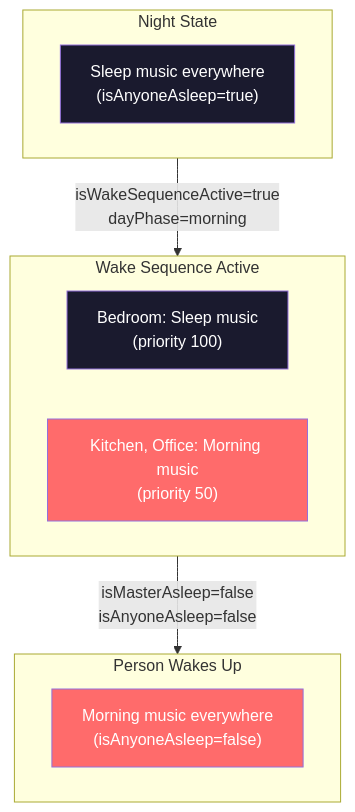
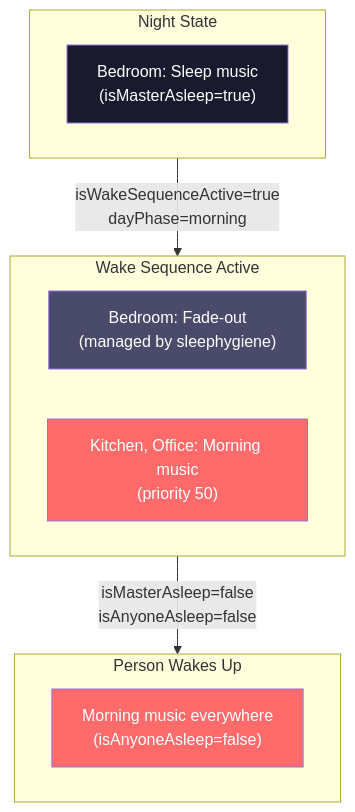
One commit to NickBorgers/home-automation changed the seventh of 7 diagrams in docs/flows/DAY_PHASE_MODES.md. Above: the diagram before and after it, drawn with Mermaid. The commit also changed other lines of this file, not shown here.

First line of the commit message:
docs: Update DAY_PHASE_MODES.md for sleep zone wake sequence changes

````diff
--- a/docs/flows/DAY_PHASE_MODES.md
+++ b/docs/flows/DAY_PHASE_MODES.md
@@ -303,23 +307,23 @@
 ```mermaid
 flowchart TB
     subgraph Initial["Night State"]
-        sleepAll["Sleep music everywhere<br/>(isAnyoneAsleep=true)"]
+        sleepBed["Bedroom: Sleep music<br/>(isMasterAsleep=true)"]
     end
 
     subgraph WakeSequence["Wake Sequence Active"]
-        sleepBed["Bedroom: Sleep music<br/>(priority 100)"]
+        fadeBed["Bedroom: Fade-out<br/>(managed by sleephygiene)"]
         morningRest["Kitchen, Office: Morning music<br/>(priority 50)"]
     end
 
     subgraph FullyAwake["Person Wakes Up"]
         morningAll["Morning music everywhere<br/>(isAnyoneAsleep=false)"]
     end
 
     Initial -->|"isWakeSequenceActive=true<br/>dayPhase=morning"| WakeSequence
     WakeSequence -->|"isMasterAsleep=false<br/>isAnyoneAsleep=false"| FullyAwake
 
-    style sleepAll fill:#1a1a2e,color:#fff
     style sleepBed fill:#1a1a2e,color:#fff
+    style fadeBed fill:#4a4a6a,color:#fff
     style morningRest fill:#ff6b6b,color:#fff
     style morningAll fill:#ff6b6b,color:#fff
 ```
````
